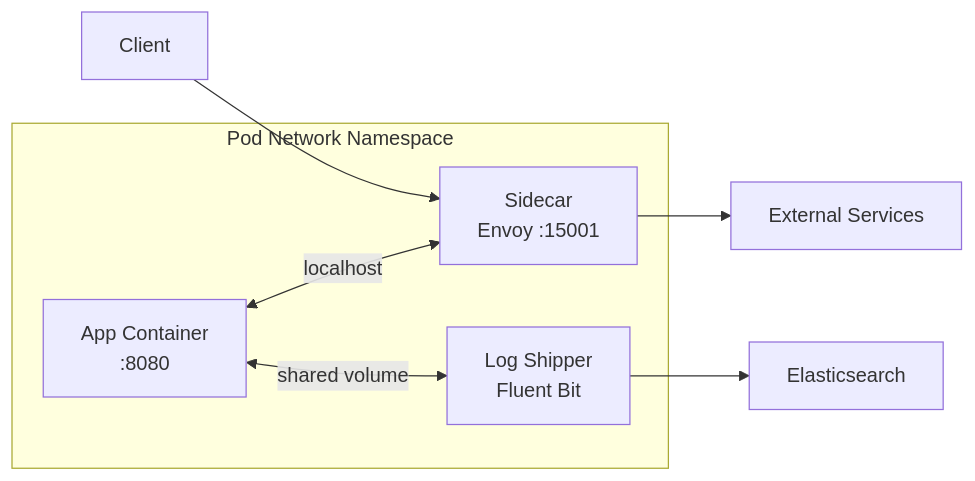
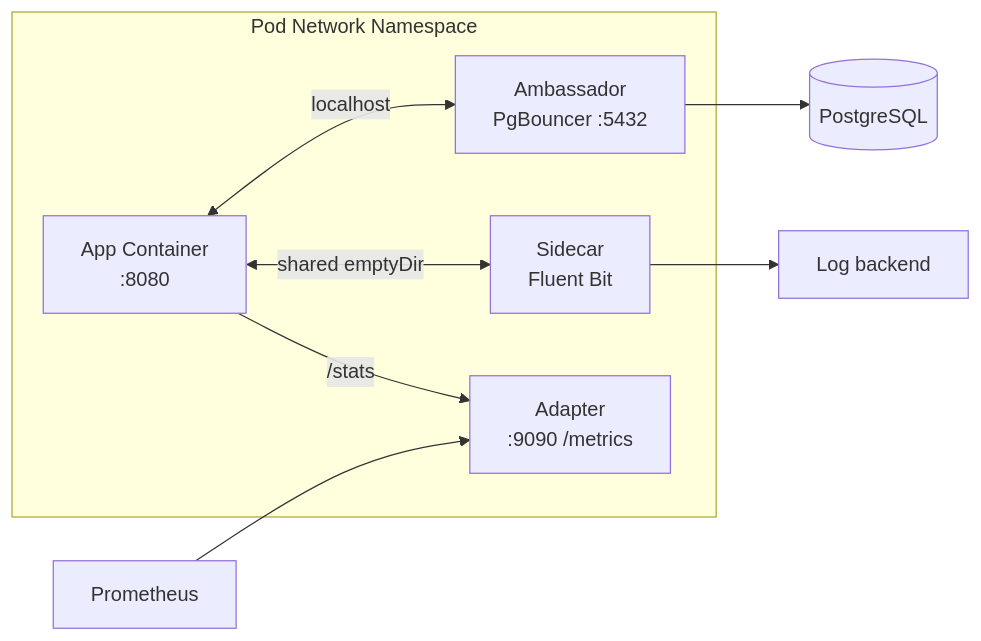
One commit to greg4fun/kubernetesrecipes.github.io changed the diagram in src/content/recipes/kubernetes-multi-container-patterns.md. Above: the diagram before and after it, drawn with Mermaid. The commit also changed other lines of this file and 403 other files, not shown here.

````diff
--- a/src/content/recipes/kubernetes-multi-container-patterns.md
+++ b/src/content/recipes/kubernetes-multi-container-patterns.md
@@ -131,10 +172,11 @@
 ```mermaid
 graph LR
     subgraph Pod Network Namespace
-        A[App Container<br/>:8080] <-->|localhost| S[Sidecar<br/>Envoy :15001]
-        A <-->|shared volume| L[Log Shipper<br/>Fluent Bit]
+        A[App Container<br/>:8080] <-->|localhost| S[Ambassador<br/>PgBouncer :5432]
+        A <-->|shared emptyDir| L[Sidecar<br/>Fluent Bit]
+        A -->|/stats| M[Adapter<br/>:9090 /metrics]
     end
-    S --> E[External Services]
-    L --> ES[Elasticsearch]
-    Client --> S
+    S --> DB[(PostgreSQL)]
+    L --> ES[Log backend]
+    P[Prometheus] --> M
 ```
````
